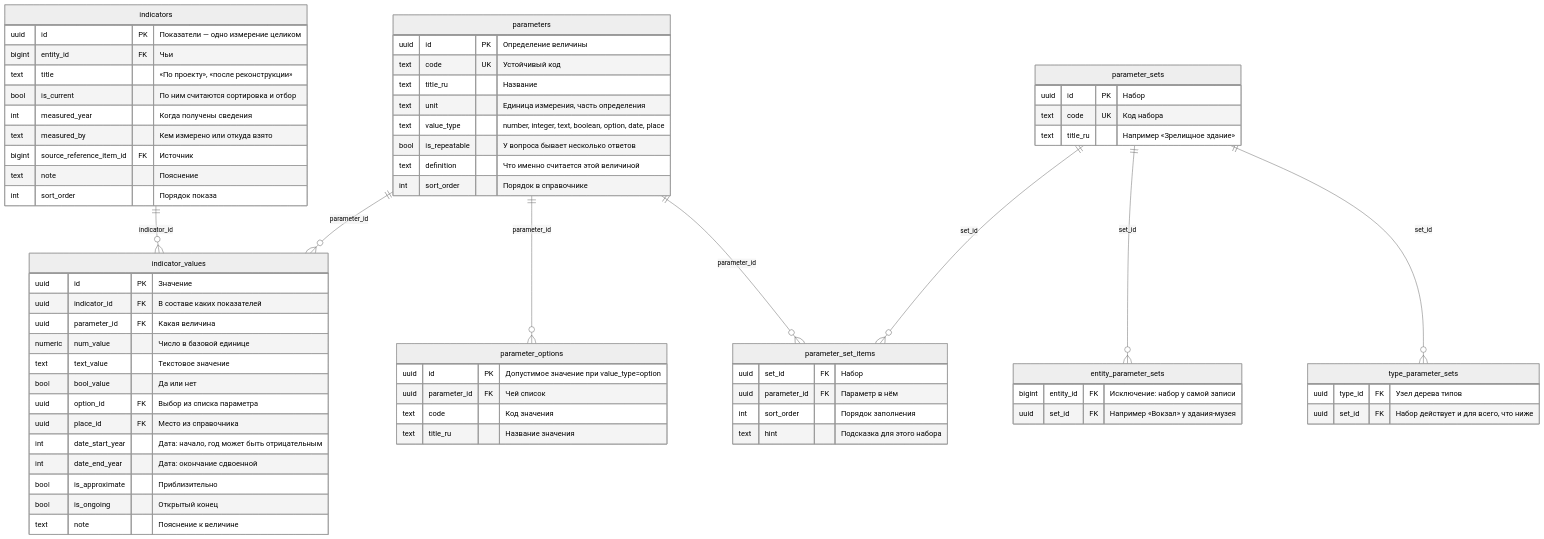
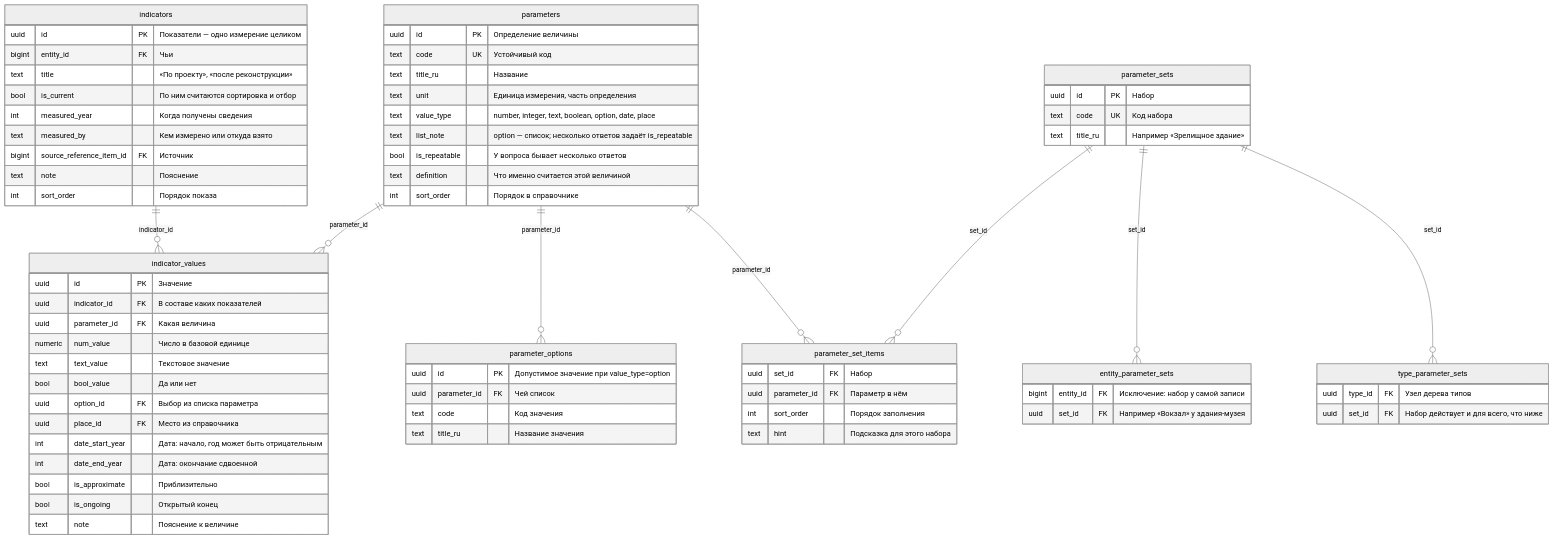
Before and after one commit to softom/2vhutemas2: the third of 6 diagrams in WIKI/Схема данных.md, drawn with Mermaid (neutral theme). The commit also changed 10 other files, not shown here.

First line of the commit message:
Список отделён от текста: один выбор и несколько

````diff
--- a/WIKI/Схема данных.md
+++ b/WIKI/Схема данных.md
@@ -109,71 +109,72 @@
 ```mermaid
 erDiagram
     parameters {
         uuid id PK "Определение величины"
         text code UK "Устойчивый код"
         text title_ru "Название"
         text unit "Единица измерения, часть определения"
         text value_type "number, integer, text, boolean, option, date, place"
+        text list_note "option — список; несколько ответов задаёт is_repeatable"
         bool is_repeatable "У вопроса бывает несколько ответов"
         text definition "Что именно считается этой величиной"
         int sort_order "Порядок в справочнике"
     }
     parameter_options {
         uuid id PK "Допустимое значение при value_type=option"
         uuid parameter_id FK "Чей список"
         text code "Код значения"
         text title_ru "Название значения"
     }
     parameter_sets {
         uuid id PK "Набор"
         text code UK "Код набора"
         text title_ru "Например «Зрелищное здание»"
     }
     parameter_set_items {
         uuid set_id FK "Набор"
         uuid parameter_id FK "Параметр в нём"
         int sort_order "Порядок заполнения"
         text hint "Подсказка для этого набора"
     }
     type_parameter_sets {
         uuid type_id FK "Узел дерева типов"
         uuid set_id FK "Набор действует и для всего, что ниже"
     }
     entity_parameter_sets {
         bigint entity_id FK "Исключение: набор у самой записи"
         uuid set_id FK "Например «Вокзал» у здания-музея"
     }
     indicators {
         uuid id PK "Показатели — одно измерение целиком"
         bigint entity_id FK "Чьи"
         text title "«По проекту», «после реконструкции»"
         bool is_current "По ним считаются сортировка и отбор"
         int measured_year "Когда получены сведения"
         text measured_by "Кем измерено или откуда взято"
         bigint source_reference_item_id FK "Источник"
         text note "Пояснение"
         int sort_order "Порядок показа"
     }
     indicator_values {
         uuid id PK "Значение"
         uuid indicator_id FK "В составе каких показателей"
         uuid parameter_id FK "Какая величина"
         numeric num_value "Число в базовой единице"
         text text_value "Текстовое значение"
         bool bool_value "Да или нет"
         uuid option_id FK "Выбор из списка параметра"
         uuid place_id FK "Место из справочника"
         int date_start_year "Дата: начало, год может быть отрицательным"
         int date_end_year "Дата: окончание сдвоенной"
         bool is_approximate "Приблизительно"
         bool is_ongoing "Открытый конец"
         text note "Пояснение к величине"
     }
     parameters ||--o{ parameter_options : parameter_id
     parameters ||--o{ parameter_set_items : parameter_id
     parameter_sets ||--o{ parameter_set_items : set_id
     parameter_sets ||--o{ type_parameter_sets : set_id
     parameter_sets ||--o{ entity_parameter_sets : set_id
     indicators ||--o{ indicator_values : indicator_id
     parameters ||--o{ indicator_values : parameter_id
 ```
````
